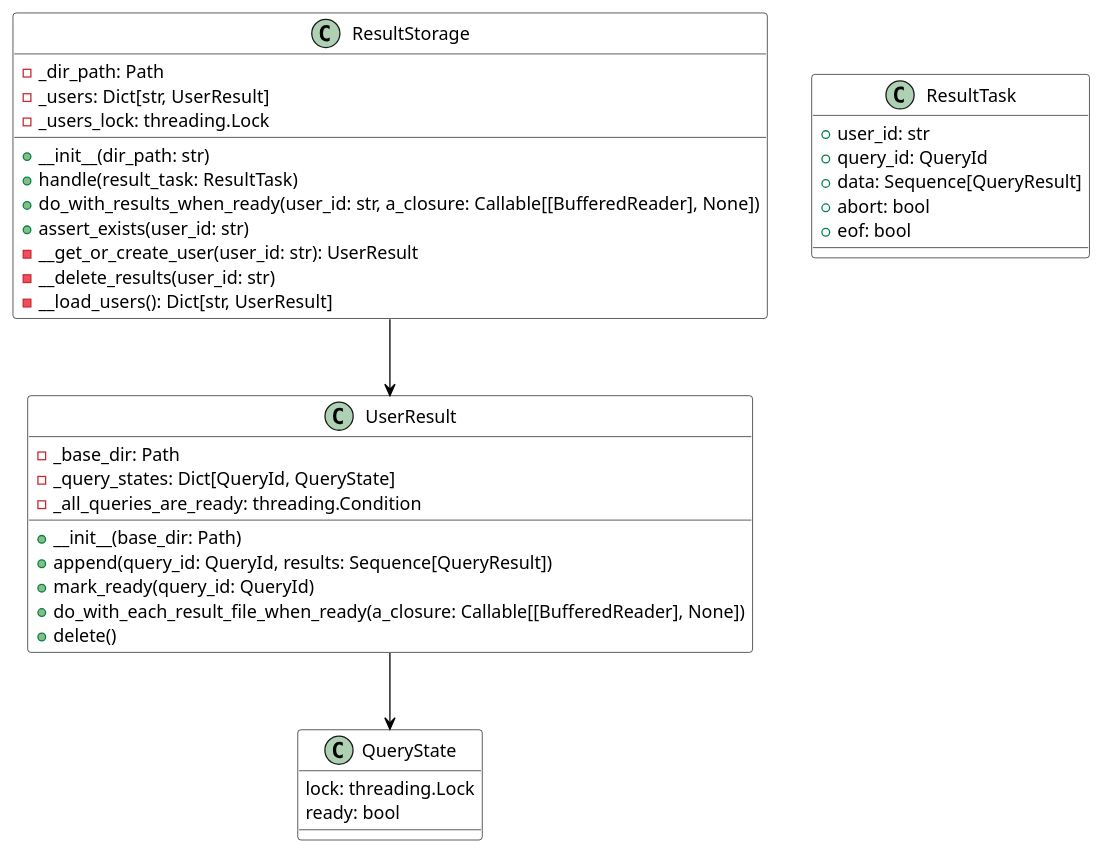
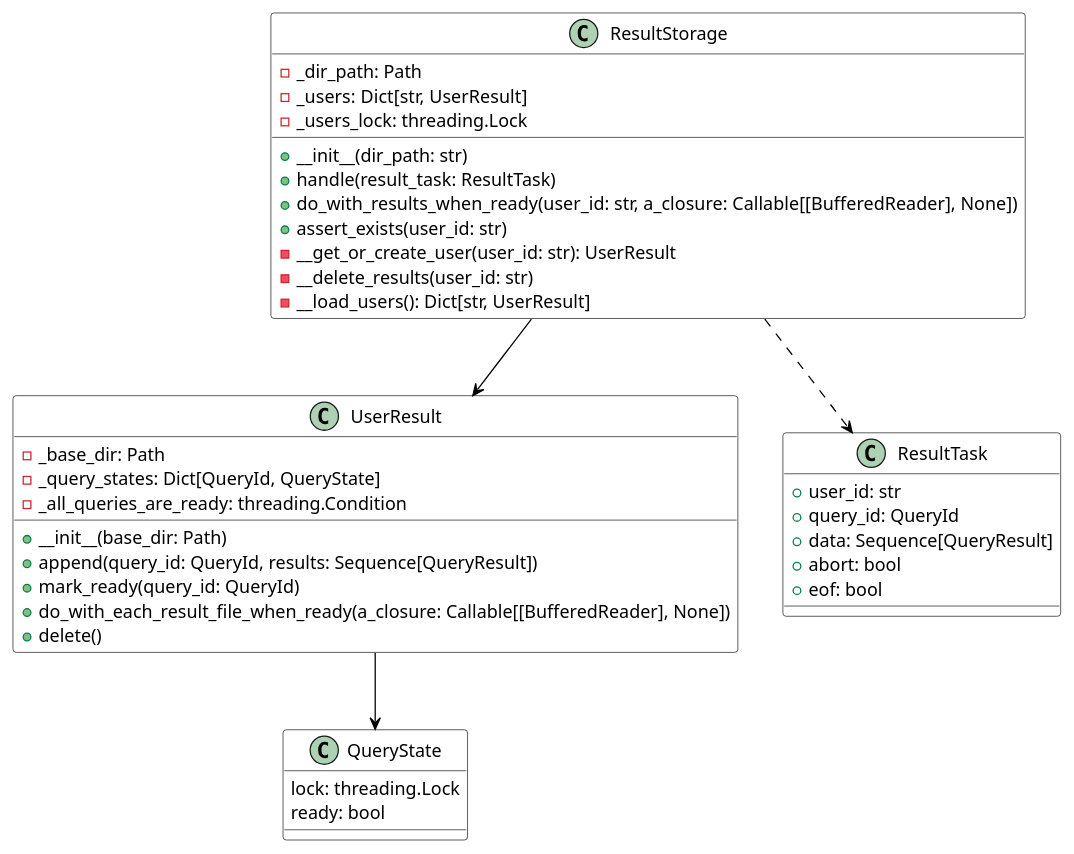
The diagram in src/img/vista_logica/clases_results_storage.puml (SebastianVintonuke/TA050-TP-Design), drawn with PlantUML before and after one commit. The commit also changed 9 other files, not shown here.

```diff
--- a/src/img/vista_logica/clases_results_storage.puml
+++ b/src/img/vista_logica/clases_results_storage.puml
@@ -1,61 +1,62 @@
 @startuml
 
 skinparam backgroundColor white
 skinparam classBorderColor black
 skinparam classBackgroundColor white
 skinparam ArrowColor black
 skinparam defaultFontColor black
 
 ' ============================================
 ' CLASES PRINCIPALES
 ' ============================================
 
 class ResultStorage {
     - _dir_path: Path
     - _users: Dict[str, UserResult]
     - _users_lock: threading.Lock
     + __init__(dir_path: str)
     + handle(result_task: ResultTask)
     + do_with_results_when_ready(user_id: str, a_closure: Callable[[BufferedReader], None])
     + assert_exists(user_id: str)
     - __get_or_create_user(user_id: str): UserResult
     - __delete_results(user_id: str)
     - __load_users(): Dict[str, UserResult]
 }
 
 class UserResult {
     - _base_dir: Path
     - _query_states: Dict[QueryId, QueryState]
     - _all_queries_are_ready: threading.Condition
     + __init__(base_dir: Path)
     + append(query_id: QueryId, results: Sequence[QueryResult])
     + mark_ready(query_id: QueryId)
     + do_with_each_result_file_when_ready(a_closure: Callable[[BufferedReader], None])
     + delete()
 }
 
 ' ============================================
 ' DEPENDENCIAS Y TIPOS AUXILIARES
 ' ============================================
 
 class ResultTask {
     + user_id: str
     + query_id: QueryId
     + data: Sequence[QueryResult]
     + abort: bool
     + eof: bool
 }
 
 class QueryState {
     lock: threading.Lock
     ready: bool
 }
 
 ' ============================================
 ' RELACIONES
 ' ============================================
 
 ResultStorage --> UserResult
 UserResult --> QueryState
+ResultStorage ..> ResultTask
 
 @enduml
```
